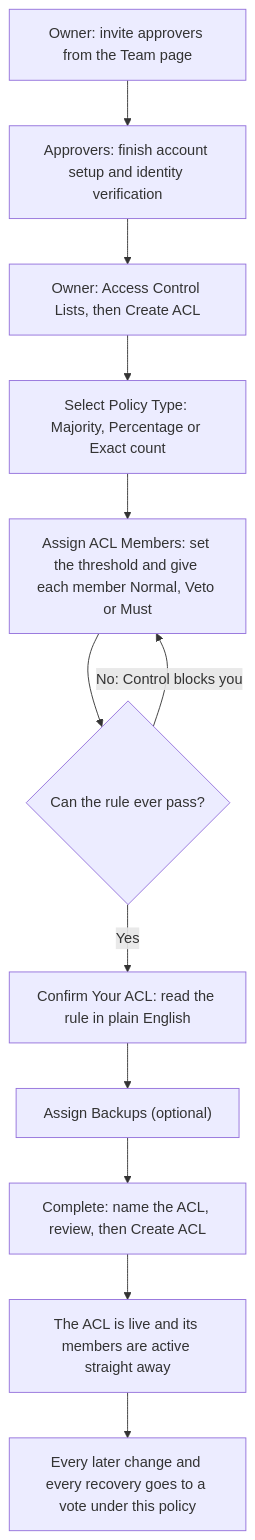
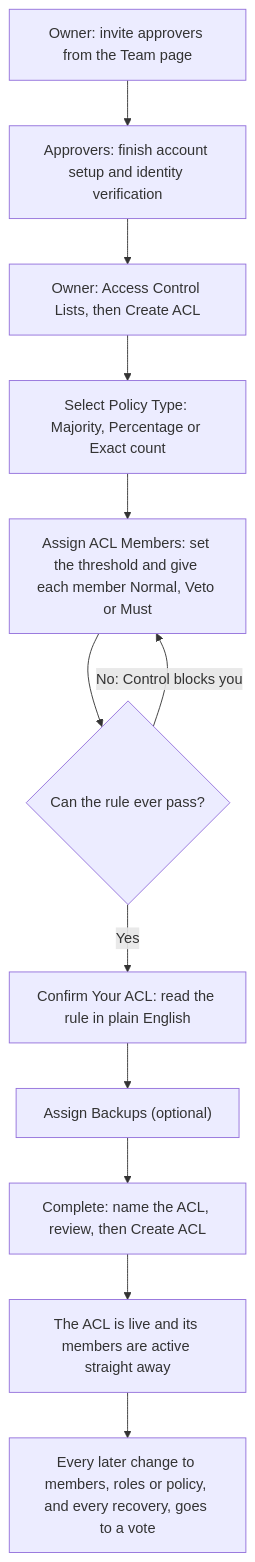
Before and after one commit to coincover/docs: the diagram in guides/control/approval-control-list.mdx, drawn with Mermaid. The commit also changed other lines of this file, not shown here.

````diff
--- a/guides/control/approval-control-list.mdx
+++ b/guides/control/approval-control-list.mdx
@@ -93,14 +95,14 @@
 ```mermaid
 flowchart TD
     A["Owner: invite approvers from the Team page"] --> B["Approvers: finish account setup and identity verification"]
     B --> C["Owner: Access Control Lists, then Create ACL"]
     C --> D["Select Policy Type: Majority, Percentage or Exact count"]
     D --> E["Assign ACL Members: set the threshold and give each member Normal, Veto or Must"]
     E --> F{"Can the rule ever pass?"}
     F -- "No: Control blocks you" --> E
     F -- Yes --> G["Confirm Your ACL: read the rule in plain English"]
     G --> H["Assign Backups (optional)"]
     H --> I["Complete: name the ACL, review, then Create ACL"]
     I --> J["The ACL is live and its members are active straight away"]
-    J --> K["Every later change and every recovery goes to a vote under this policy"]
+    J --> K["Every later change to members, roles or policy, and every recovery, goes to a vote"]
 ```
````
